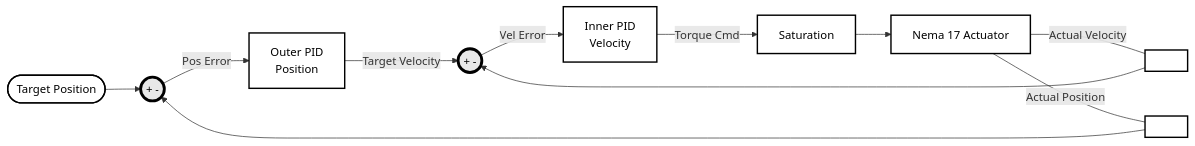
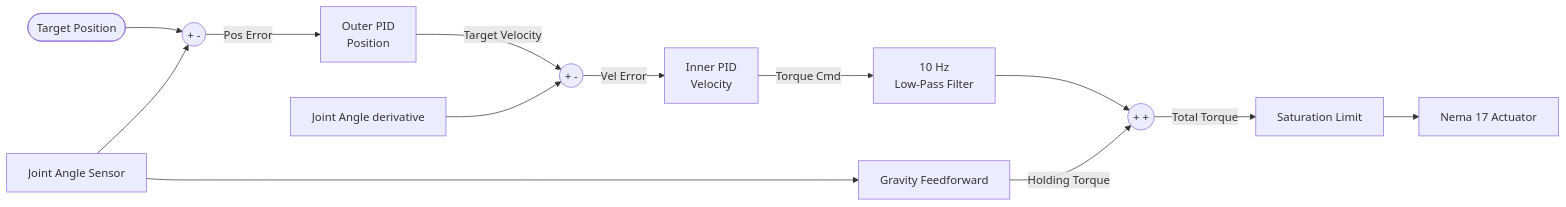
The diagram in README.md (aguscsc/Robot-arm-nema17), drawn with Mermaid before and after one commit. The commit also changed other lines of this file, not shown here.

````diff
--- a/README.md
+++ b/README.md
@@ -180,20 +35,17 @@
 ```mermaid
 graph LR
     Ref([Target Position]) --> Sum1((+ -))
     Sum1 -->|Pos Error| PID1[Outer PID <br> Position]
     PID1 -->|Target Velocity| Sum2((+ -))
     Sum2 -->|Vel Error| PID2[Inner PID <br> Velocity]
-    PID2 -->|Torque Cmd| Sat[Saturation]
+    PID2 -->|Torque Cmd| LPF[10 Hz <br> Low-Pass Filter]
+    LPF --> Sum3((+ +))
+    
+    Angle[Joint Angle Sensor] --> Math[Gravity Feedforward]
+    Angle[Joint Angle Sensor] --> Sum1((+ -))
+    Speed[Joint Angle derivative] --> Sum2((+ -))
+    Math -->|Holding Torque| Sum3
+    
+    Sum3 -->|Total Torque| Sat[Saturation Limit]
     Sat --> Motor[Nema 17 Actuator]
-    
-    Motor -- Actual Velocity --- Wire1[ ]
-    Wire1 --> Sum2
-    
-    Motor -- Actual Position --- Wire2[ ]
-    Wire2 --> Sum1
-    
-    classDef default fill:#FFFFFF,stroke:#000000,stroke-width:2px,color:#000000;
-    classDef sum fill:#E8E8E8,stroke:#000000,stroke-width:4px,color:#000000;
-    class Sum1,Sum2 sum;
-
 ```
````
